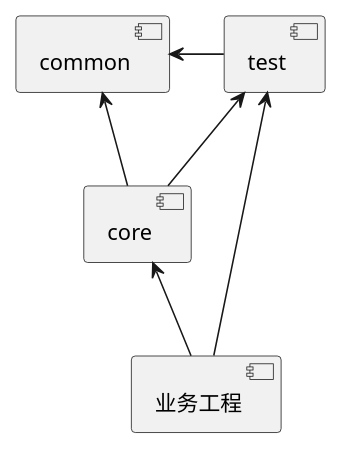
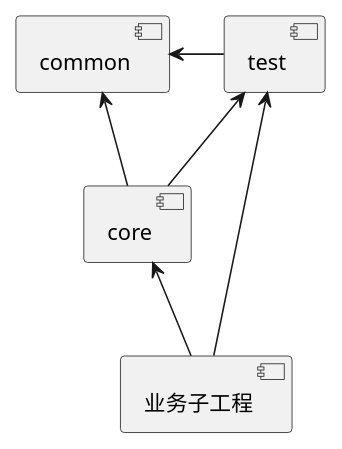
One commit to threeq/threeq-spring-cloud changed the diagram in design/项目结构依赖.puml. Above: the diagram before and after it, drawn with PlantUML. The commit also changed 2 other files, not shown here.

Commit message:
(#1) structure diagram complete

```diff
--- a/design/项目结构依赖.puml
+++ b/design/项目结构依赖.puml
@@ -1,10 +1,10 @@
 @startuml
 
 [common] <-right- [test]
 [common] <-- [core]
 [test] <-- [core]
 
-[core] <-- [业务工程]
-[test] <-- [业务工程]
+[core] <-- [业务子工程]
+[test] <-- [业务子工程]
 
 @enduml
```
